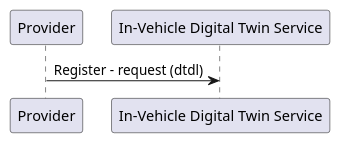
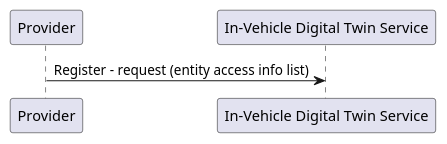
The diagram in docs/design/diagrams/register_sequence.puml (eclipse-ibeji/ibeji), drawn with PlantUML before and after one commit. The commit also changed 71 other files, not shown here.

```diff
--- a/docs/design/diagrams/register_sequence.puml
+++ b/docs/design/diagrams/register_sequence.puml
@@ -1,8 +1,8 @@
 @startuml
 
 participant "Provider"
 participant "In-Vehicle Digital Twin Service"
 
-"Provider" -> "In-Vehicle Digital Twin Service" : Register - request (dtdl)
+"Provider" -> "In-Vehicle Digital Twin Service" : Register - request (entity access info list)
 
 @enduml
```
